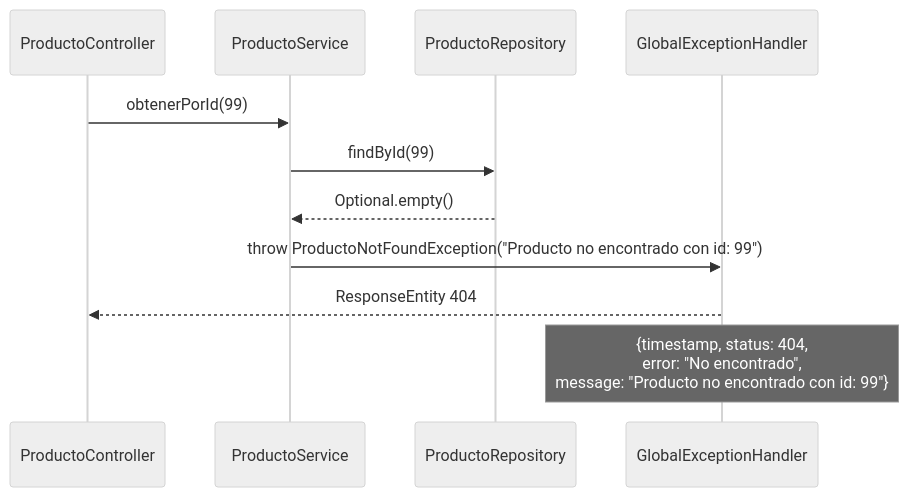
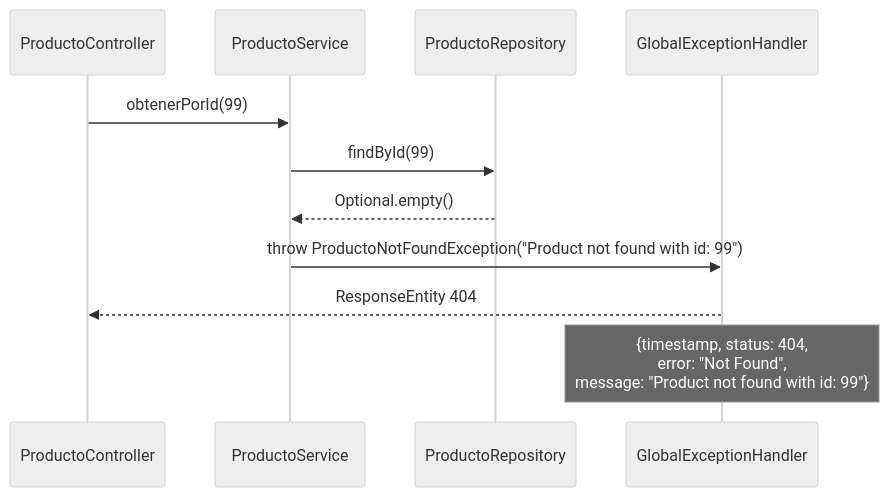
The second of 4 diagrams in ARCHITECTURE.md (capvasqu/gestion-productos), drawn with Mermaid (neutral theme) before and after one commit. The commit also changed other lines of this file and 2 other files, not shown here.

````diff
--- a/ARCHITECTURE.md
+++ b/ARCHITECTURE.md
@@ -55,14 +55,14 @@
 ```mermaid
 sequenceDiagram
     participant Ctrl as ProductoController
     participant Svc as ProductoService
     participant Repo as ProductoRepository
     participant EH as GlobalExceptionHandler
 
     Ctrl->>Svc: obtenerPorId(99)
     Svc->>Repo: findById(99)
     Repo-->>Svc: Optional.empty()
-    Svc->>EH: throw ProductoNotFoundException("Producto no encontrado con id: 99")
+    Svc->>EH: throw ProductoNotFoundException("Product not found with id: 99")
     EH-->>Ctrl: ResponseEntity 404
-    Note over EH: {timestamp, status: 404,<br/>error: "No encontrado",<br/>message: "Producto no encontrado con id: 99"}
+    Note over EH: {timestamp, status: 404,<br/>error: "Not Found",<br/>message: "Product not found with id: 99"}
 ```
````
